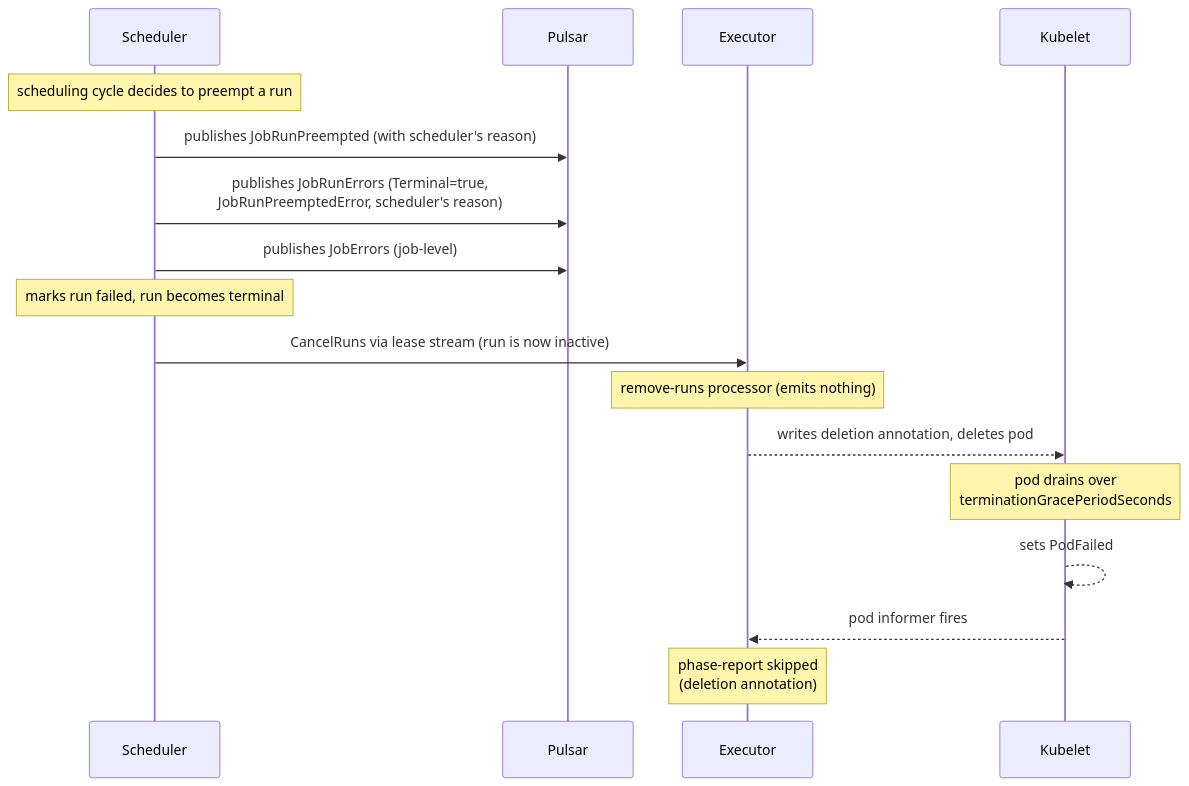
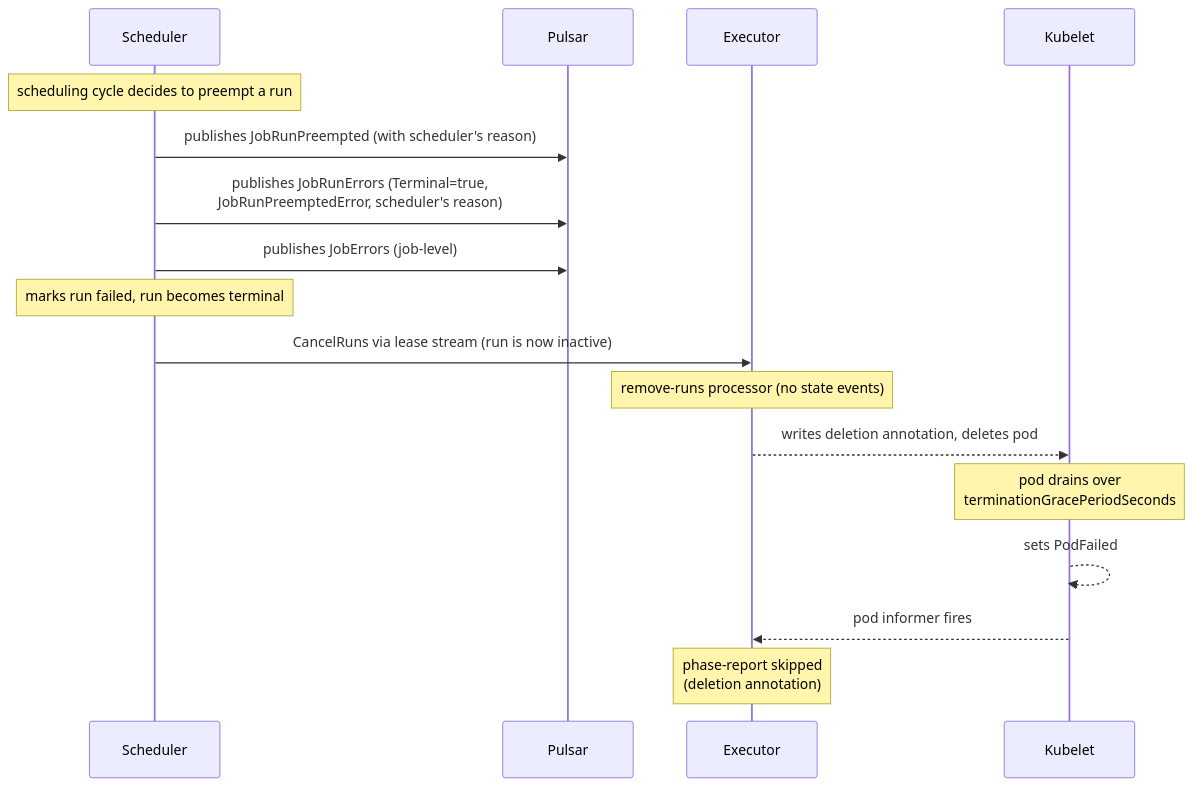
Before and after one commit to armadaproject/armada: the ninth of 10 diagrams in docs/developer/job-lifecycle-events.md, drawn with Mermaid. The commit also changed other lines of this file, not shown here.

Commit message:
Correct the job lifecycle events doc against the current code

````diff
--- a/docs/developer/job-lifecycle-events.md
+++ b/docs/developer/job-lifecycle-events.md
@@ -350,19 +370,19 @@
 ```mermaid
 sequenceDiagram
     participant Sc as Scheduler
     participant P as Pulsar
     participant E as Executor
     participant K as Kubelet
     Note over Sc: scheduling cycle decides to preempt a run
     Sc->>P: publishes JobRunPreempted (with scheduler's reason)
     Sc->>P: publishes JobRunErrors (Terminal=true,<br/>JobRunPreemptedError, scheduler's reason)
     Sc->>P: publishes JobErrors (job-level)
     Note over Sc: marks run failed, run becomes terminal
     Sc->>E: CancelRuns via lease stream (run is now inactive)
-    Note over E: remove-runs processor (emits nothing)
+    Note over E: remove-runs processor (no state events)
     E-->>K: writes deletion annotation, deletes pod
     Note over K: pod drains over<br/>terminationGracePeriodSeconds
     K-->>K: sets PodFailed
     K-->>E: pod informer fires
     Note over E: phase-report skipped<br/>(deletion annotation)
 ```
````
